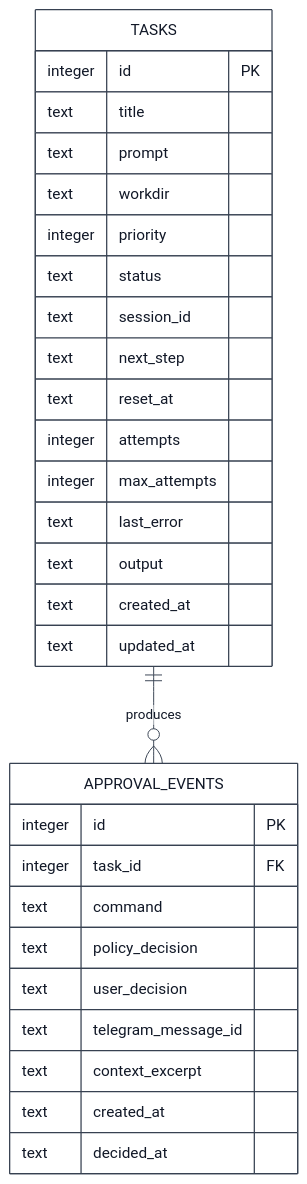
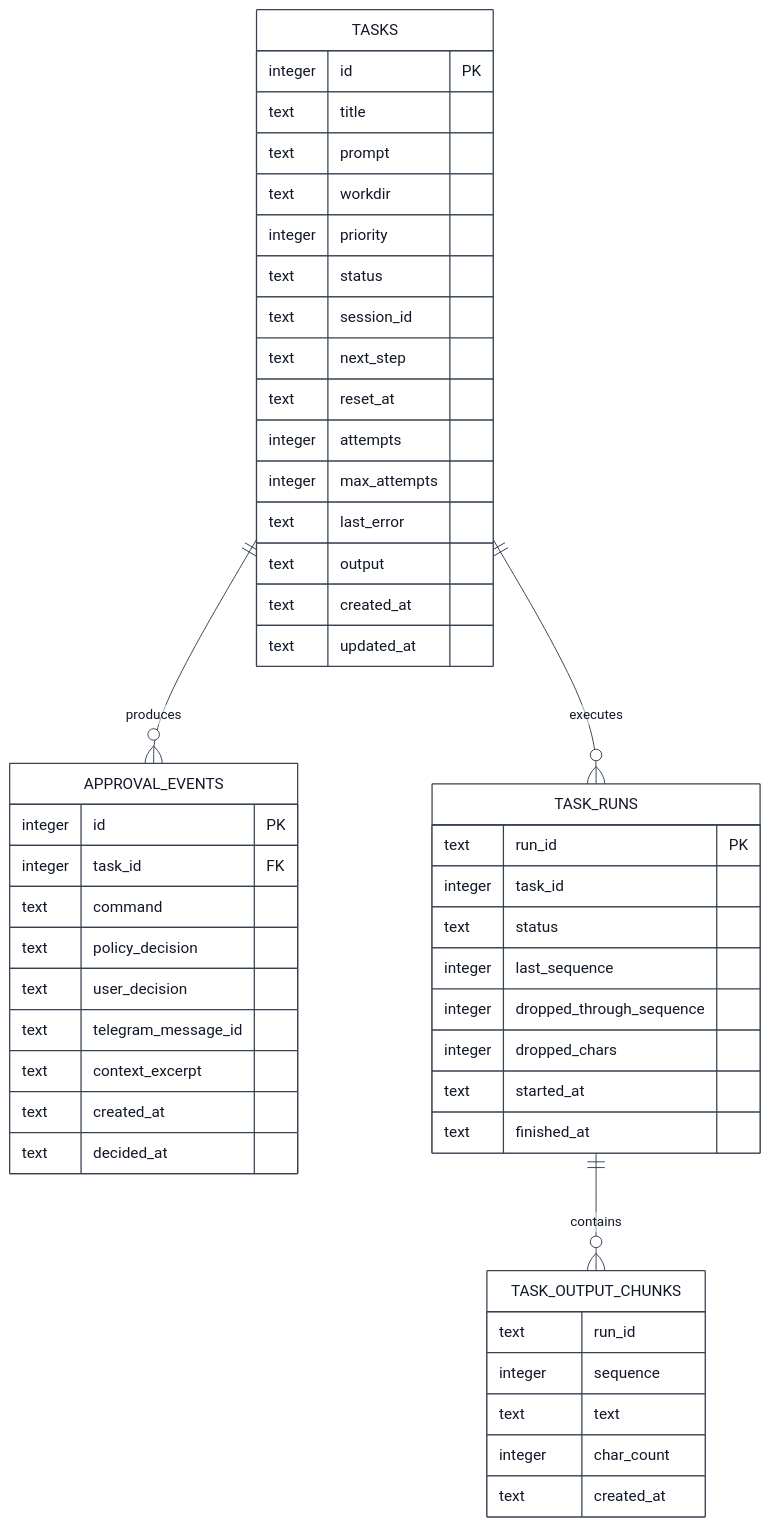
Before and after one commit to kinderp/durex: the fifth of 7 diagrams in docs/ARCHITECTURE.md, drawn with Mermaid. The commit also changed other lines of this file and 9 other files, not shown here.

````diff
--- a/docs/ARCHITECTURE.md
+++ b/docs/ARCHITECTURE.md
@@ -457,35 +470,56 @@
 ```mermaid
 %%{init: {"theme": "base", "themeVariables": {"primaryColor": "#ffffff", "primaryTextColor": "#111827", "primaryBorderColor": "#374151", "lineColor": "#374151", "secondaryColor": "#f3f4f6", "tertiaryColor": "#ffffff", "textColor": "#111827", "mainBkg": "#ffffff", "nodeBorder": "#374151", "clusterBkg": "#f9fafb", "clusterBorder": "#9ca3af", "edgeLabelBackground": "#ffffff", "actorBkg": "#ffffff", "actorBorder": "#374151", "actorTextColor": "#111827", "activationBkgColor": "#e5e7eb", "activationBorderColor": "#374151", "signalColor": "#111827", "signalTextColor": "#111827", "noteBkgColor": "#fef3c7", "noteTextColor": "#111827", "noteBorderColor": "#92400e"}}}%%
 erDiagram
     TASKS {
         integer id PK
         text title
         text prompt
         text workdir
         integer priority
         text status
         text session_id
         text next_step
         text reset_at
         integer attempts
         integer max_attempts
         text last_error
         text output
         text created_at
         text updated_at
     }
 
     APPROVAL_EVENTS {
         integer id PK
         integer task_id FK
         text command
         text policy_decision
         text user_decision
         text telegram_message_id
         text context_excerpt
         text created_at
         text decided_at
     }
 
+    TASK_RUNS {
+        text run_id PK
+        integer task_id
+        text status
+        integer last_sequence
+        integer dropped_through_sequence
+        integer dropped_chars
+        text started_at
+        text finished_at
+    }
+
+    TASK_OUTPUT_CHUNKS {
+        text run_id
+        integer sequence
+        text text
+        integer char_count
+        text created_at
+    }
+
     TASKS ||--o{ APPROVAL_EVENTS : produces
+    TASKS ||--o{ TASK_RUNS : executes
+    TASK_RUNS ||--o{ TASK_OUTPUT_CHUNKS : contains
 ```
````
